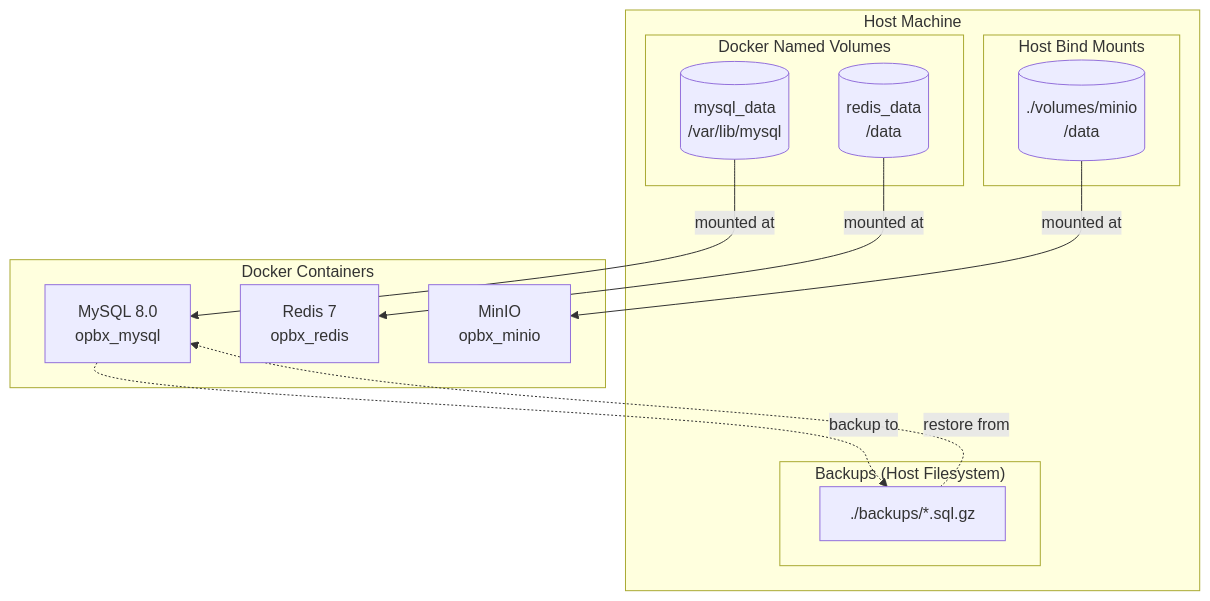
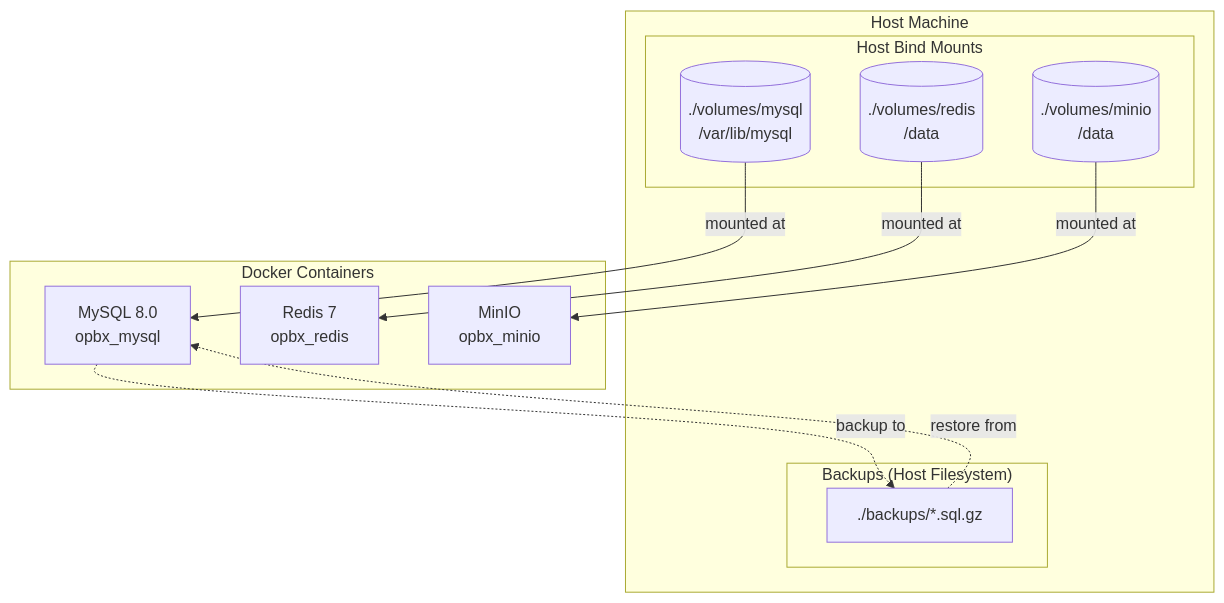
Before and after one commit to greenfieldtech-nirs/opbx: the diagram in docs/DATABASE-PERSISTENCE.md, drawn with Mermaid. The commit also changed other lines of this file and 109 other files, not shown here.

````diff
--- a/docs/DATABASE-PERSISTENCE.md
+++ b/docs/DATABASE-PERSISTENCE.md
@@ -35,27 +35,25 @@
 ```mermaid
 flowchart TB
     subgraph Host["Host Machine"]
-        subgraph DockerVolumes["Docker Named Volumes"]
-            mysql_data[("mysql_data\n/var/lib/mysql")]
-            redis_data[("redis_data\n/data")]
-        end
         subgraph HostBindMounts["Host Bind Mounts"]
+            mysql_data[("./volumes/mysql\n/var/lib/mysql")]
+            redis_data[("./volumes/redis\n/data")]
             minio_data[("./volumes/minio\n/data")]
         end
         subgraph Backups["Backups (Host Filesystem)"]
             backup_files["./backups/*.sql.gz"]
         end
     end
 
     subgraph Containers["Docker Containers"]
         mysql["MySQL 8.0\nopbx_mysql"]
         redis["Redis 7\nopbx_redis"]
         minio["MinIO\nopbx_minio"]
     end
 
     mysql_data -->|"mounted at"| mysql
     redis_data -->|"mounted at"| redis
     minio_data -->|"mounted at"| minio
     backup_files -.->|"restore from"| mysql
     mysql -.->|"backup to"| backup_files
 ```
````
